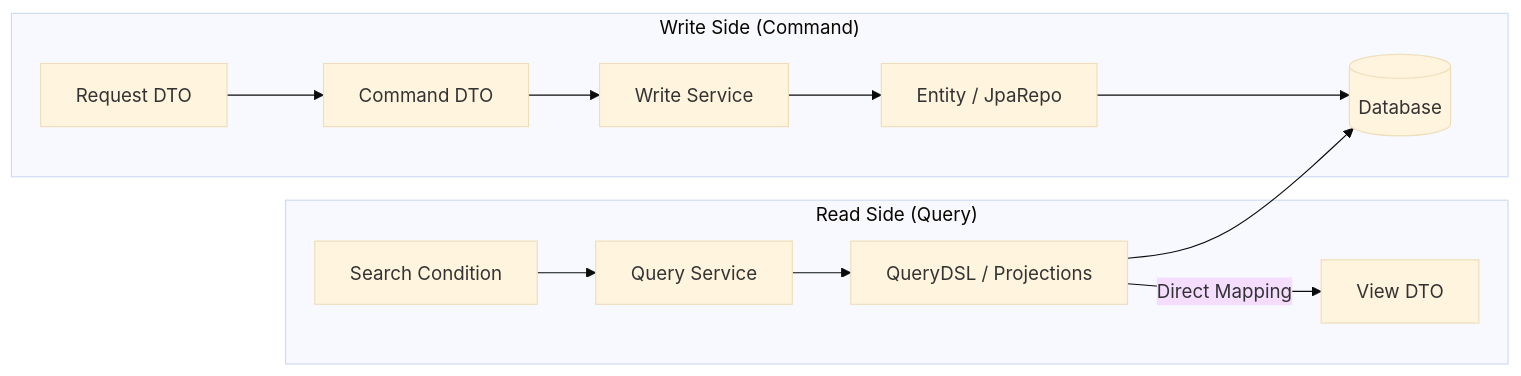
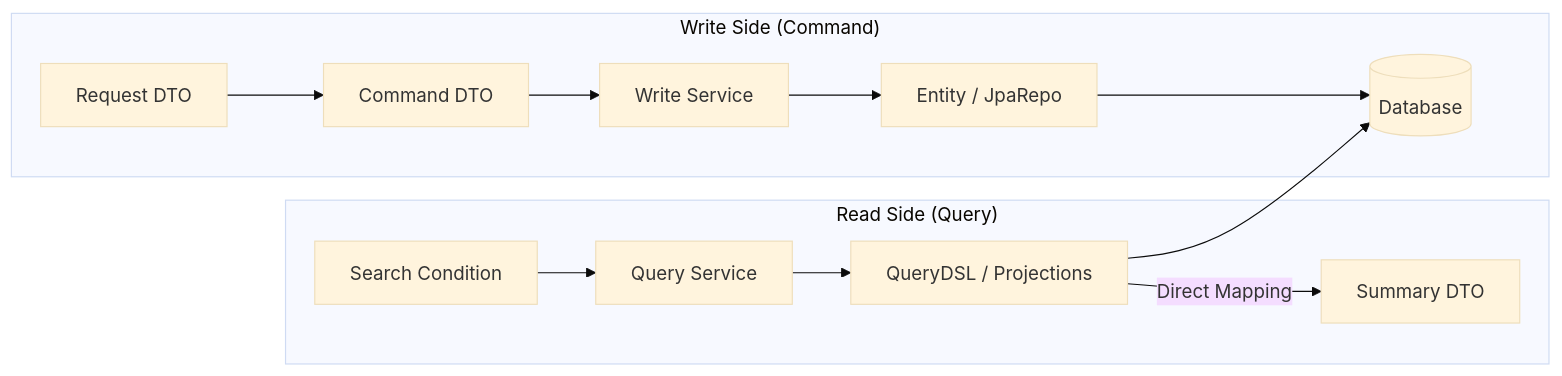
One commit to sangcheol0698/abms changed the diagram in docs/개발가이드.md. Above: the diagram before and after it, drawn with Mermaid (base theme). The commit also changed other lines of this file, not shown here.

````diff
--- a/docs/개발가이드.md
+++ b/docs/개발가이드.md
@@ -103,16 +103,16 @@
 ```mermaid
 graph LR
     subgraph "Write Side (Command)"
     REQ[Request DTO] --> CMD[Command DTO]
     CMD --> SVC_W[Write Service]
     SVC_W --> ENT[Entity / JpaRepo]
     ENT --> DB[(Database)]
     end
 
     subgraph "Read Side (Query)"
     REQ_Q[Search Condition] --> SVC_R[Query Service]
     SVC_R --> Q_DSL[QueryDSL / Projections]
     Q_DSL --> DB
-    Q_DSL -- "Direct Mapping" --> VIEW[View DTO]
+    Q_DSL -- "Direct Mapping" --> Summary[Summary DTO]
     end
 ```
````
